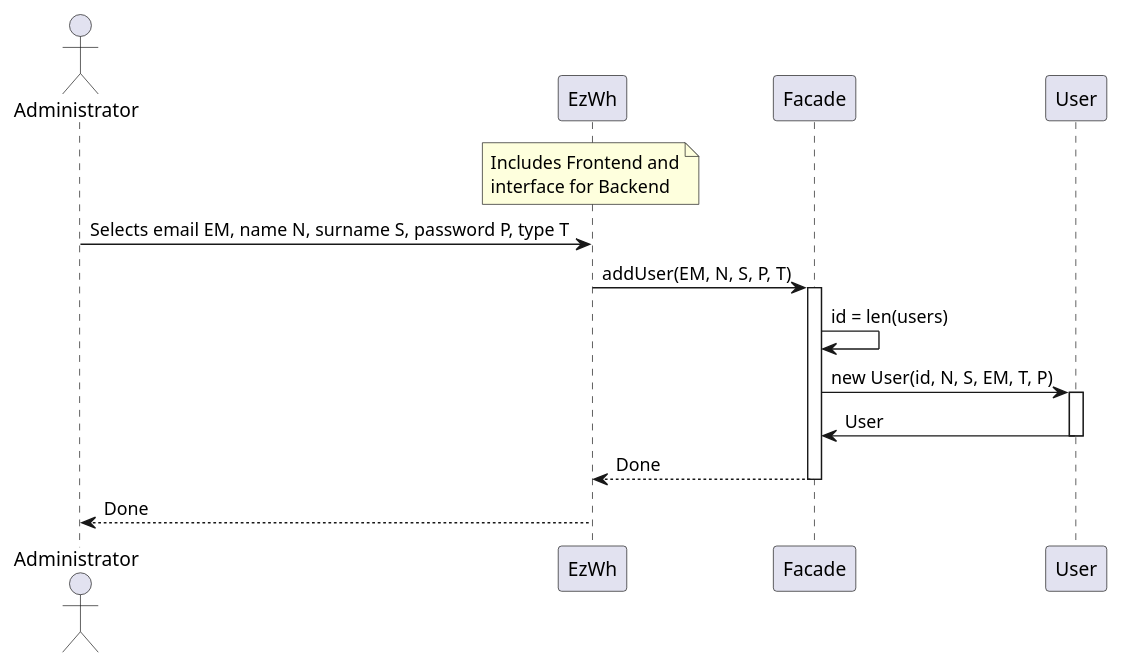
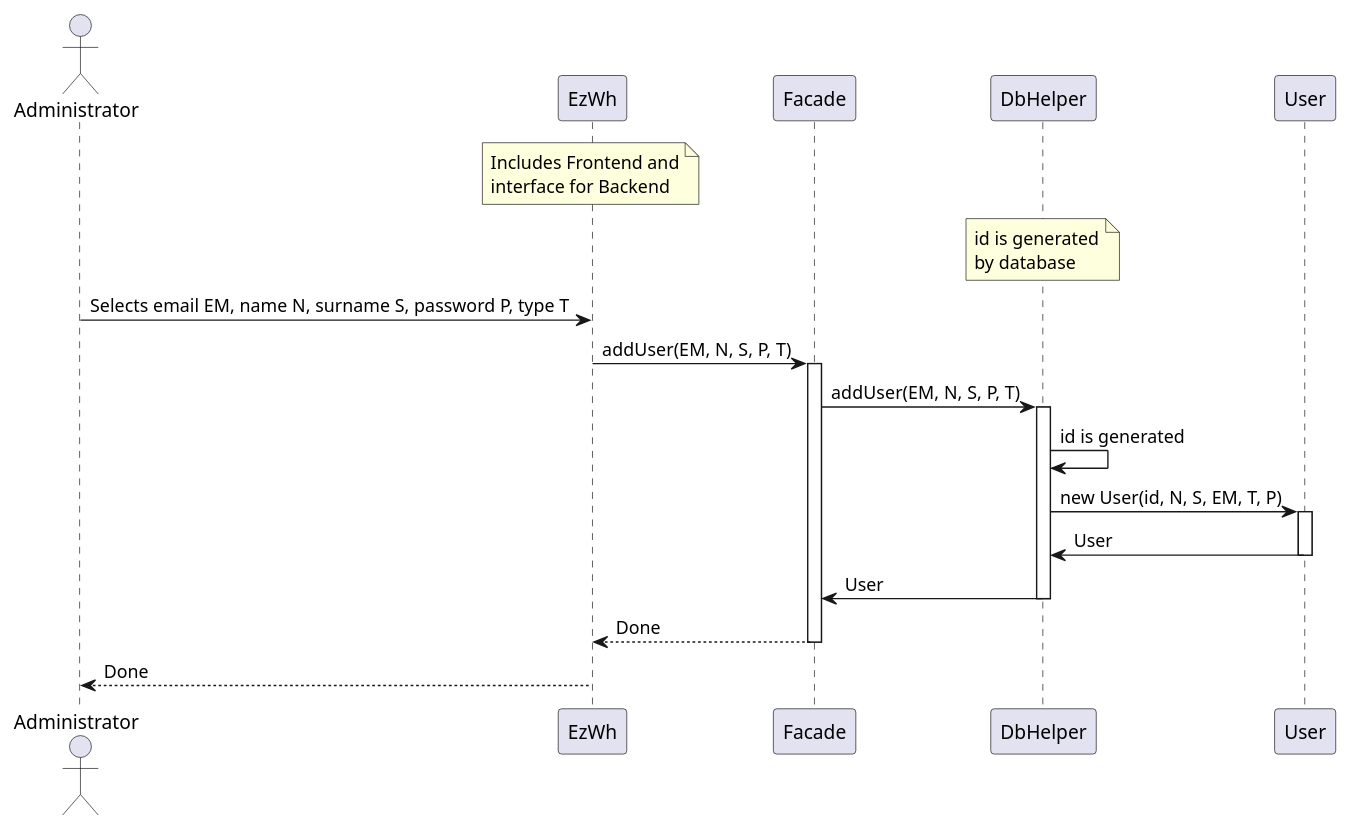
One commit to giuseppe-dandrea/EzWh changed the eighth of 14 diagrams in DesignDocument.md. Above: the diagram before and after it, drawn with PlantUML. The commit also changed other lines of this file, not shown here.

Commit message:
Changed Sequence Diagrams 4-1, 12-1

````diff
--- a/DesignDocument.md
+++ b/DesignDocument.md
@@ -659,19 +659,25 @@
 ```plantuml
 actor Administrator
 participant EzWh
 note over EzWh: Includes Frontend and\ninterface for Backend
 participant Facade
+participant DbHelper
+note over DbHelper: id is generated\nby database
 participant User
 
 Administrator -> EzWh: Selects email EM, name N, surname S, password P, type T
 EzWh -> Facade: addUser(EM, N, S, P, T)
 activate Facade
-Facade -> Facade: id = len(users)
-Facade -> User: new User(id, N, S, EM, T, P)
+Facade -> DbHelper: addUser(EM, N, S, P, T)
+activate DbHelper
+DbHelper -> DbHelper: id is generated
+DbHelper -> User: new User(id, N, S, EM, T, P)
 activate User
-User -> Facade: User
+User -> DbHelper: User
 deactivate User
+DbHelper -> Facade: User
+deactivate DbHelper
 Facade --> EzWh: Done
 deactivate Facade
 EzWh --> Administrator: Done
 ```
````
